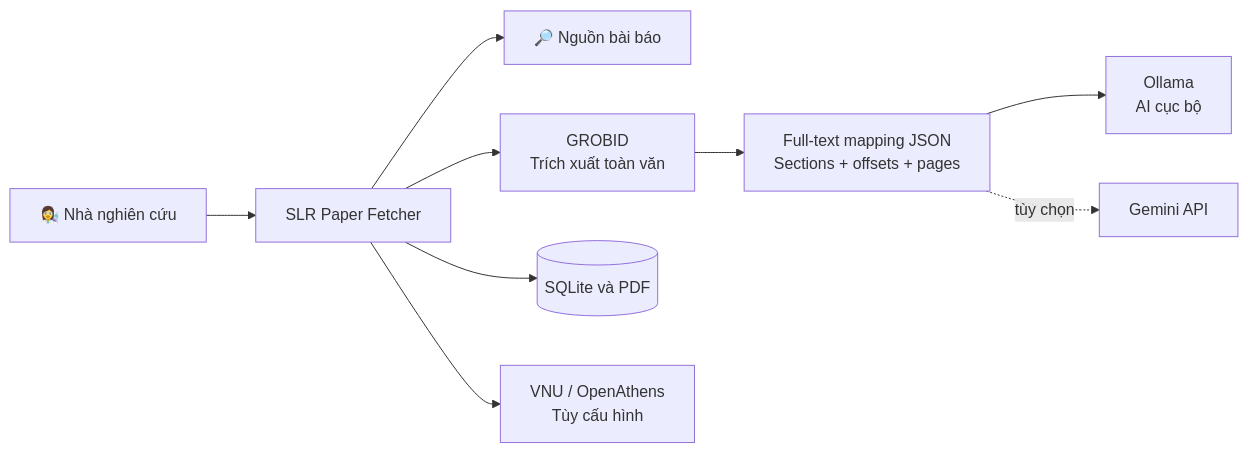
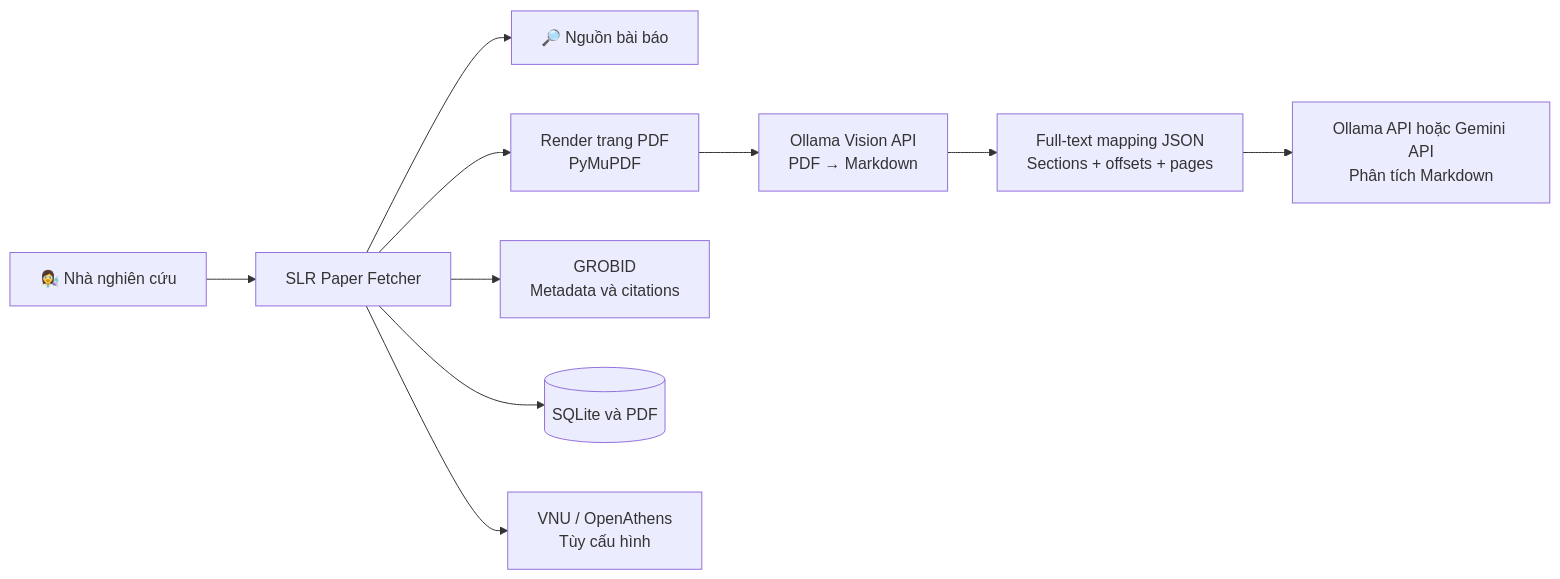
Before and after one commit to HyperDataLab/SLR_Paper_Fetcher: the diagram in README.md, drawn with Mermaid. The commit also changed other lines of this file and 15 other files, not shown here.

Commit message:
Extract PDF pages through Ollama Vision into validated Markdown

````diff
--- a/README.md
+++ b/README.md
@@ -48,11 +48,12 @@
 ```mermaid
 flowchart LR
     R[👩‍🔬 Nhà nghiên cứu] --> A[SLR Paper Fetcher]
     A --> S[🔎 Nguồn bài báo]
-    A --> G[GROBID<br/>Trích xuất toàn văn]
-    G --> F[Full-text mapping JSON<br/>Sections + offsets + pages]
-    F --> O[Ollama<br/>AI cục bộ]
-    F -. tùy chọn .-> M[Gemini API]
+    A --> P[Render trang PDF<br/>PyMuPDF]
+    A --> H[GROBID<br/>Metadata và citations]
+    P --> O[Ollama Vision API<br/>PDF → Markdown]
+    O --> F[Full-text mapping JSON<br/>Sections + offsets + pages]
+    F --> I[Ollama API hoặc Gemini API<br/>Phân tích Markdown]
     A --> D[(SQLite và PDF)]
     A --> V[VNU / OpenAthens<br/>Tùy cấu hình]
 ```
````
